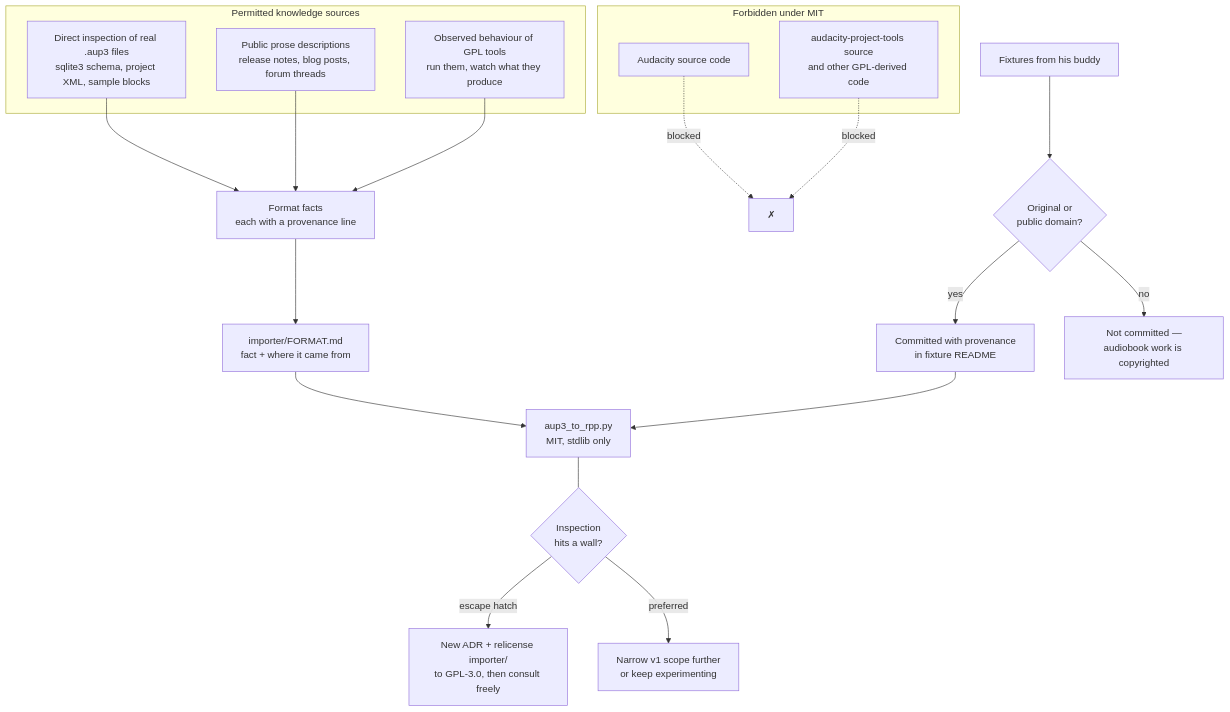
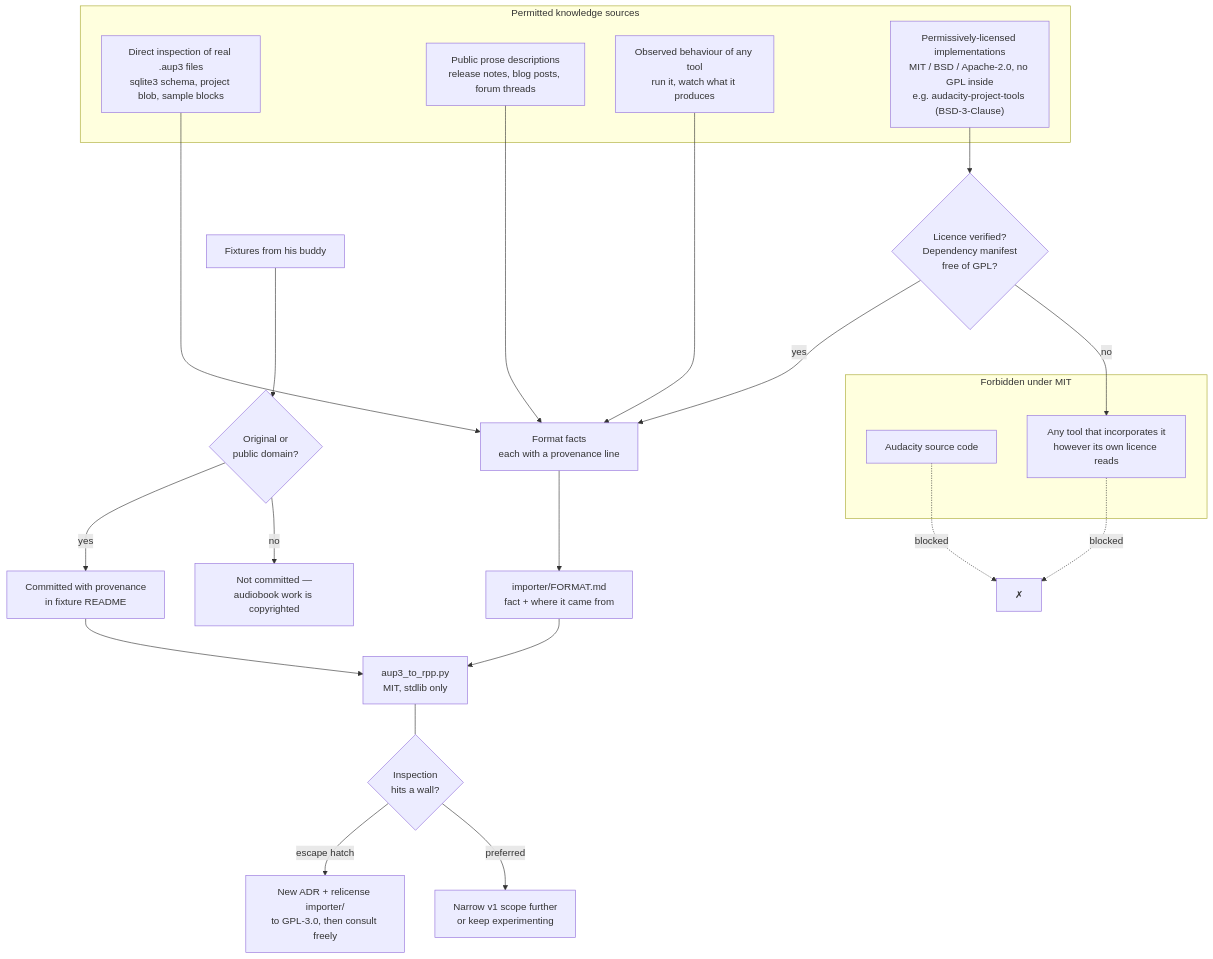
Before and after one commit to jonstump/reaper-isnt-so-grim: the diagram in docs/adrs/ADR-0005-license-and-clean-room.md, drawn with Mermaid. The commit also changed other lines of this file and 3 other files, not shown here.

````diff
--- a/docs/adrs/ADR-0005-license-and-clean-room.md
+++ b/docs/adrs/ADR-0005-license-and-clean-room.md
@@ -112,32 +126,36 @@
 ```mermaid
 graph TD
     subgraph Permitted["Permitted knowledge sources"]
-        INSP["Direct inspection of real .aup3 files<br/>sqlite3 schema, project XML, sample blocks"]
+        INSP["Direct inspection of real .aup3 files<br/>sqlite3 schema, project blob, sample blocks"]
         PROSE["Public prose descriptions<br/>release notes, blog posts, forum threads"]
-        OBS["Observed behaviour of GPL tools<br/>run them, watch what they produce"]
+        OBS["Observed behaviour of any tool<br/>run it, watch what it produces"]
+        PERM["Permissively-licensed implementations<br/>MIT / BSD / Apache-2.0, no GPL inside<br/>e.g. audacity-project-tools (BSD-3-Clause)"]
     end
 
     subgraph Forbidden["Forbidden under MIT"]
         SRC["Audacity source code"]
-        APT["audacity-project-tools source<br/>and other GPL-derived code"]
+        DERIV["Any tool that incorporates it<br/>however its own licence reads"]
     end
 
     INSP --> FACTS["Format facts<br/>each with a provenance line"]
     PROSE --> FACTS
     OBS --> FACTS
+    PERM --> GATE{"Licence verified?<br/>Dependency manifest<br/>free of GPL?"}
+    GATE -->|yes| FACTS
+    GATE -->|no| DERIV
 
     SRC -.->|"blocked"| X["✗"]
-    APT -.->|"blocked"| X
+    DERIV -.->|"blocked"| X
 
     FACTS --> DOC["importer/FORMAT.md<br/>fact + where it came from"]
     DOC --> IMPL["aup3_to_rpp.py<br/>MIT, stdlib only"]
 
     FIX["Fixtures from his buddy"] --> CHECK{"Original or<br/>public domain?"}
     CHECK -->|yes| COMMIT["Committed with provenance<br/>in fixture README"]
     CHECK -->|no| REJECT["Not committed —<br/>audiobook work is copyrighted"]
     COMMIT --> IMPL
 
     STUCK{"Inspection<br/>hits a wall?"} -->|"escape hatch"| RELIC["New ADR + relicense importer/<br/>to GPL-3.0, then consult freely"]
     STUCK -->|"preferred"| NARROW["Narrow v1 scope further<br/>or keep experimenting"]
     IMPL --- STUCK
 ```
````
